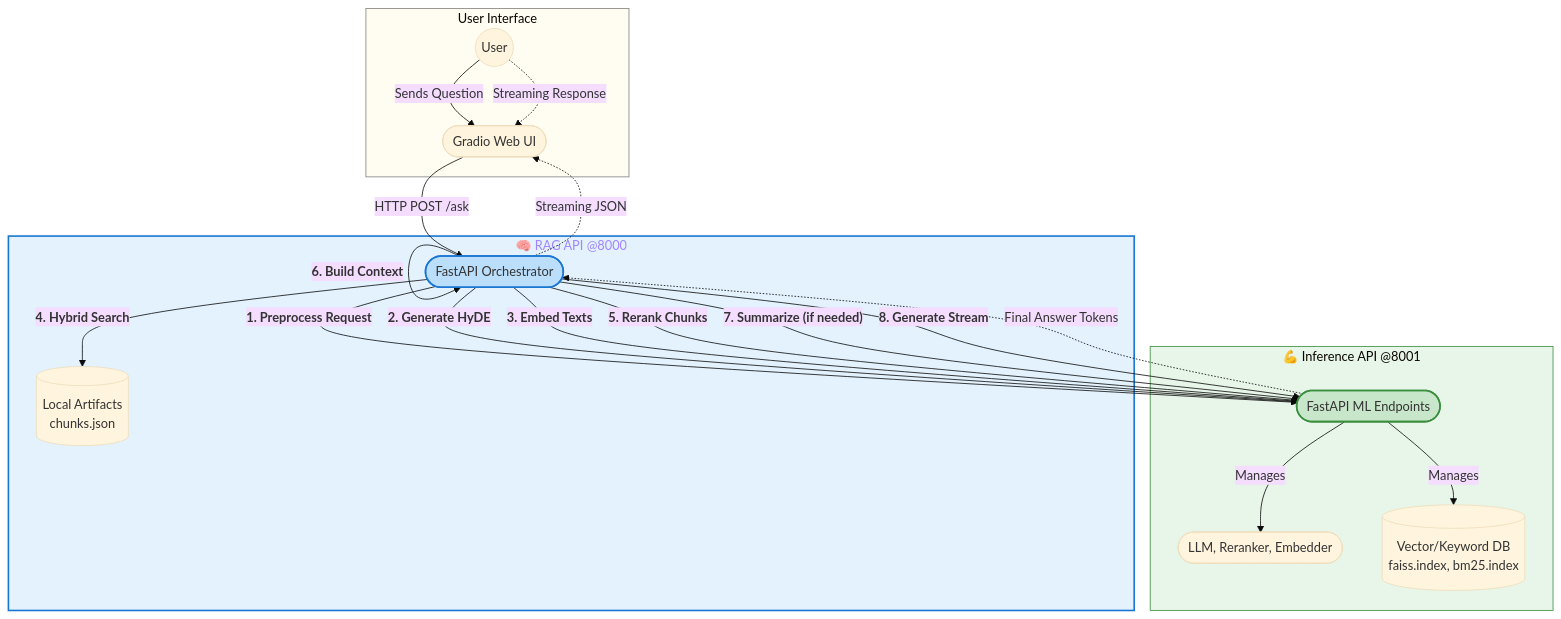
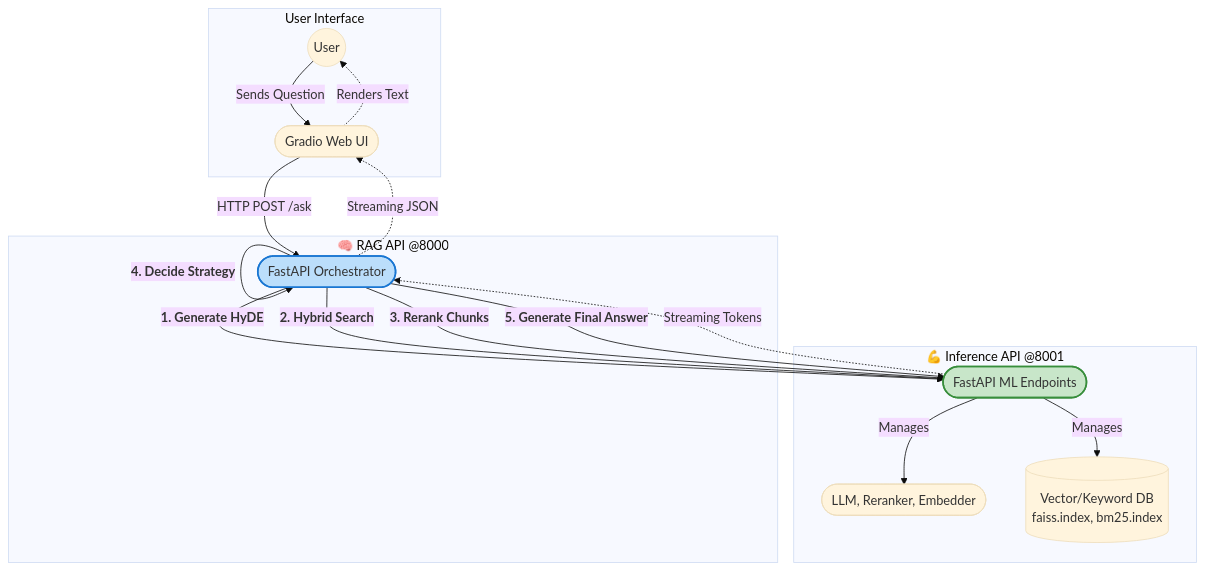
One commit to KareemSayed1232/Decoupled-Adaptive-RAG-Engine changed the diagram in README.md. Above: the diagram before and after it, drawn with Mermaid (base theme). The commit also changed other lines of this file, not shown here.

````diff
--- a/README.md
+++ b/README.md
@@ -32,47 +68,36 @@
 ```mermaid
 flowchart TD
-  %% Define subgraphs and nodes first for clarity
   subgraph UI["User Interface"]
     U(("User"))
     GD(["Gradio Web UI"])
   end
 
   subgraph RAG["🧠 RAG API @8000"]
     RagApp(["FastAPI Orchestrator"])
-    RAG_DB[("Local Artifacts\nchunks.json")]
   end
 
   subgraph INF["💪 Inference API @8001"]
     IA(["FastAPI ML Endpoints"]) 
     Models(["LLM, Reranker, Embedder"])
     DB[("Vector/Keyword DB\nfaiss.index, bm25.index")]
   end
 
   U -- Sends Question --> GD
   GD -- HTTP POST /ask --> RagApp
   
-  RagApp -- "<b>1. Preprocess Request</b>" --> IA
-  RagApp -- "<b>2. Generate HyDE</b>" --> IA
-  RagApp -- "<b>3. Embed Texts</b>" --> IA
-  RagApp -- "<b>4. Hybrid Search</b>" --> RAG_DB
-  RagApp -- "<b>5. Rerank Chunks</b>" --> IA
-  RagApp -- "<b>6. Build Context</b>" --> RagApp
-  RagApp -- "<b>7. Summarize (if needed)</b>" --> IA
-  RagApp -- "<b>8. Generate Stream</b>" --> IA
+  RagApp -- "<b>1. Generate HyDE</b>" --> IA
+  RagApp -- "<b>2. Hybrid Search</b>" --> IA
+  RagApp -- "<b>3. Rerank Chunks</b>" --> IA
+  RagApp -- "<b>4. Decide Strategy</b>" --> RagApp
+  RagApp -- "<b>5. Generate Final Answer</b>" --> IA
   
-  %% Internal Management in Inference API
   IA -- Manages --> Models
   IA -- Manages --> DB
   
-  %% Streaming Data Flow
-  U -. Streaming Response .-> GD
+  IA -. Streaming Tokens .-> RagApp
   RagApp -. Streaming JSON .-> GD
-  IA -. Final Answer Tokens .-> RagApp
+  GD -. Renders Text .-> U
 
-  %% Styling
   style RagApp fill:#bbdefb,stroke:#1976d2,stroke-width:2px
   style IA fill:#c8e6c9,stroke:#388e3c,stroke-width:2px
-  style UI fill:#fffcf2,stroke:#808080,stroke-width:1px
-  style INF fill:#e8f5e9,stroke:#388e3c,stroke-width:1px
-	style RAG fill:#e3f2fd,stroke:#1976d2,stroke-width:2px,color:#a185ff
 ```
````
